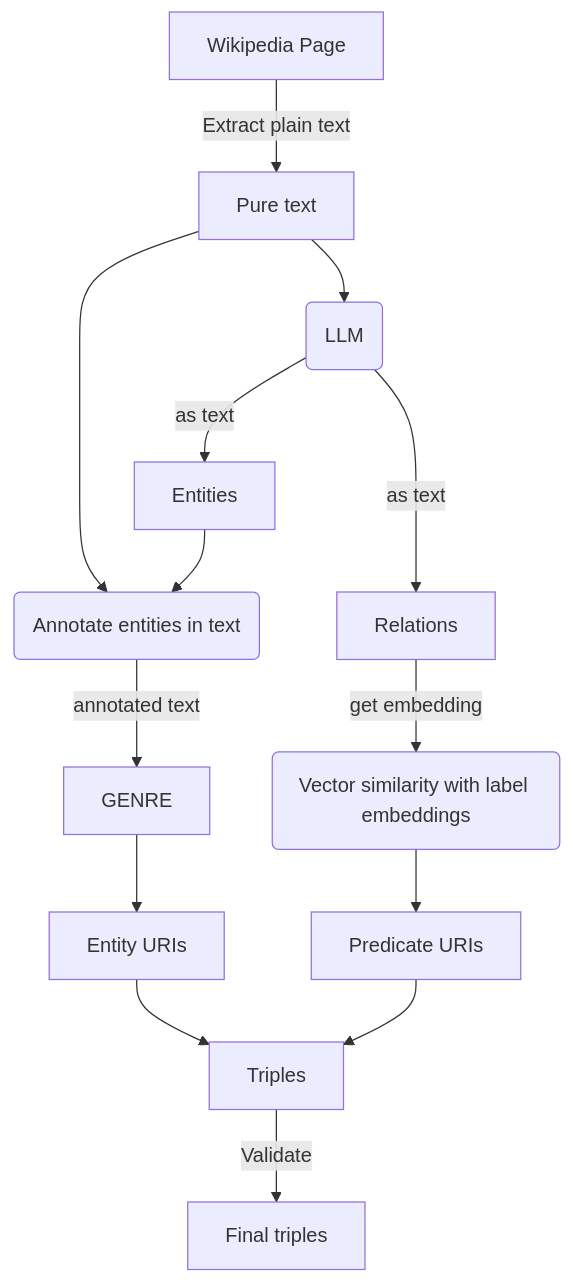
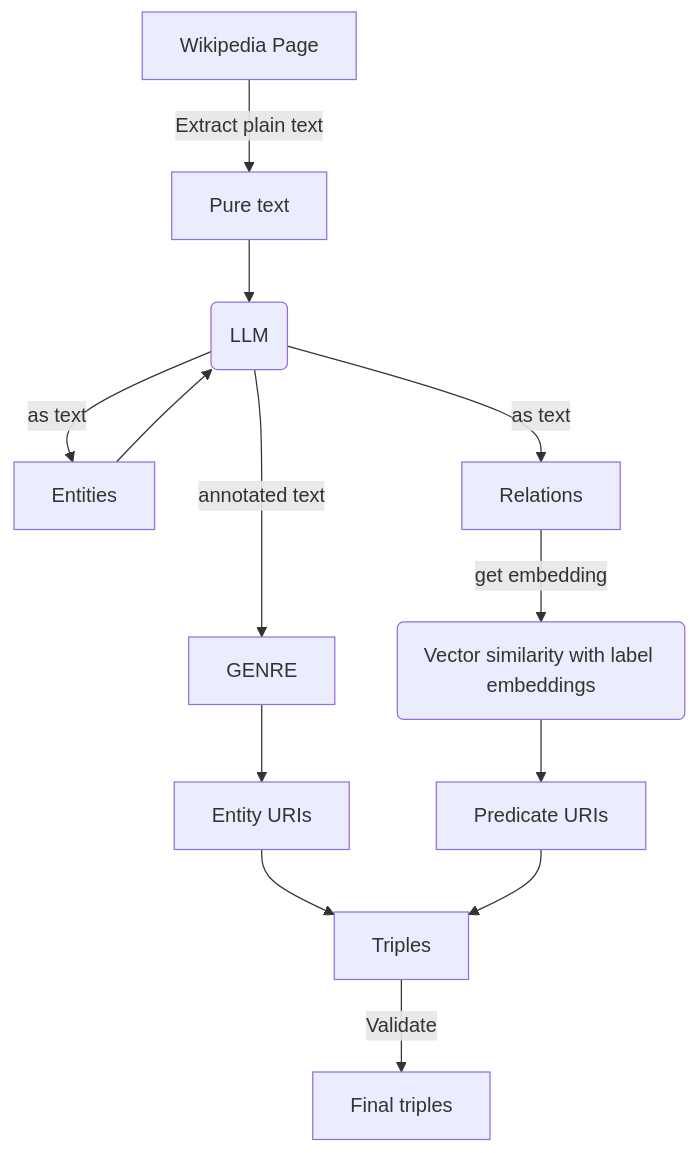
Before and after one commit to smilingprogrammer/GSoC-2024-blog: the diagram in index.md, drawn with Mermaid.

````diff
--- a/index.md
+++ b/index.md
@@ -30,25 +30,23 @@
 ```mermaid
 graph TD
     wiki_page[Wikipedia Page] --Extract plain text--> pure_text[Pure text]
 
     pure_text-->llm(LLM)
     llm--as text-->entities[Entities]
     llm--as text-->relations[Relations]
     
     relations--get embedding-->vector_similarity(Vector similarity with label embeddings);
     vector_similarity-->predicate_uris[Predicate URIs]
 
-    pure_text-->annotation_for_genre(Annotate entities in text)
+    entities-->llm
 
-    entities-->annotation_for_genre
-
-    annotation_for_genre--annotated text-->genre[GENRE]
+    llm--annotated text-->genre[GENRE]
 
     genre-->entity_uris[Entity URIs]
     
     entity_uris-->triples[Triples]
     predicate_uris-->triples[Triples]
     triples--Validate-->final_triples[Final triples]
 
     ;
 ```
````
